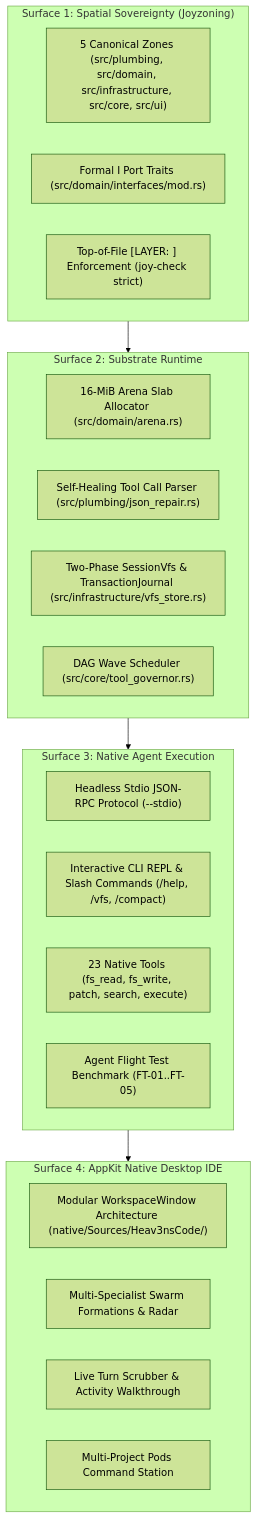
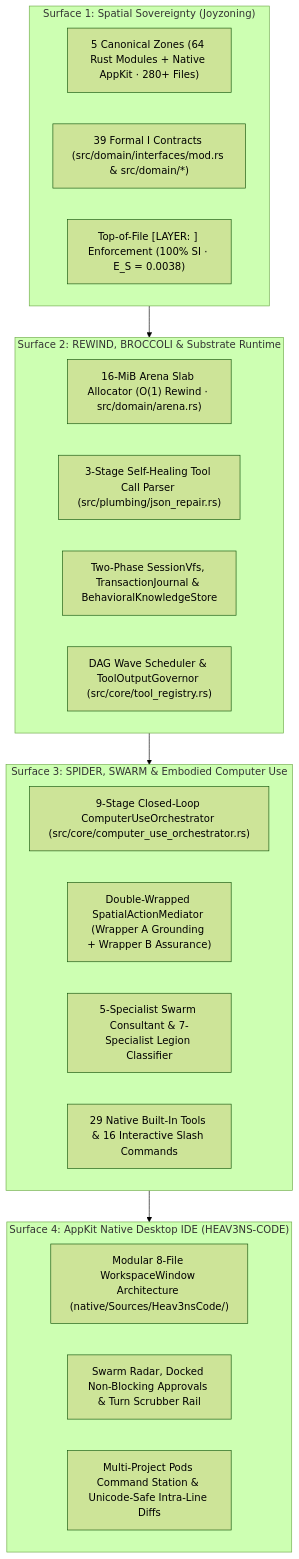
One commit to CardSorting/HEAV3NS-MICRO changed the diagram in docs/AGENT_STACK.md. Above: the diagram before and after it, drawn with Mermaid (forest theme). The commit also changed other lines of this file and 116 other files, not shown here.

````diff
--- a/docs/AGENT_STACK.md
+++ b/docs/AGENT_STACK.md
@@ -24,31 +28,30 @@
 ```mermaid
 flowchart TD
   subgraph Surface1 ["Surface 1: Spatial Sovereignty (Joyzoning)"]
-    ZONES["5 Canonical Zones (src/plumbing, src/domain, src/infrastructure, src/core, src/ui)"]
-    CONTRACTS["Formal I<Name> Port Traits (src/domain/interfaces/mod.rs)"]
-    HEADER["Top-of-File [LAYER: <ZONE>] Enforcement (joy-check strict)"]
+    ZONES["5 Canonical Zones (64 Rust Modules + Native AppKit · 280+ Files)"]
+    CONTRACTS["39 Formal I<Name> Contracts (src/domain/interfaces/mod.rs & src/domain/*)"]
+    HEADER["Top-of-File [LAYER: <ZONE>] Enforcement (100% SI · E_S = 0.0038)"]
   end
 
-  subgraph Surface2 ["Surface 2: Substrate Runtime"]
-    ARENA["16-MiB Arena Slab Allocator (src/domain/arena.rs)"]
-    PARSER["Self-Healing Tool Call Parser (src/plumbing/json_repair.rs)"]
-    VFS["Two-Phase SessionVfs & TransactionJournal (src/infrastructure/vfs_store.rs)"]
-    WAVE["DAG Wave Scheduler (src/core/tool_governor.rs)"]
+  subgraph Surface2 ["Surface 2: REWIND, BROCCOLI & Substrate Runtime"]
+    ARENA["16-MiB Arena Slab Allocator (O(1) Rewind · src/domain/arena.rs)"]
+    PARSER["3-Stage Self-Healing Tool Call Parser (src/plumbing/json_repair.rs)"]
+    VFS["Two-Phase SessionVfs, TransactionJournal & BehavioralKnowledgeStore"]
+    WAVE["DAG Wave Scheduler & ToolOutputGovernor (src/core/tool_registry.rs)"]
   end
 
-  subgraph Surface3 ["Surface 3: Native Agent Execution"]
-    STDIO["Headless Stdio JSON-RPC Protocol (--stdio)"]
-    CLI["Interactive CLI REPL & Slash Commands (/help, /vfs, /compact)"]
-    TOOLS["23 Native Tools (fs_read, fs_write, patch, search, execute)"]
-    FLIGHT["Agent Flight Test Benchmark (FT-01..FT-05)"]
+  subgraph Surface3 ["Surface 3: SPIDER, SWARM & Embodied Computer Use"]
+    ORCH["9-Stage Closed-Loop ComputerUseOrchestrator (src/core/computer_use_orchestrator.rs)"]
+    SPATIAL["Double-Wrapped SpatialActionMediator (Wrapper A Grounding + Wrapper B Assurance)"]
+    SWARM_C["5-Specialist Swarm Consultant & 7-Specialist Legion Classifier"]
+    TOOLS["29 Native Built-In Tools & 16 Interactive Slash Commands"]
   end
 
-  subgraph Surface4 ["Surface 4: AppKit Native Desktop IDE"]
-    WINDOW["Modular WorkspaceWindow Architecture (native/Sources/Heav3nsCode/)"]
-    SWARM["Multi-Specialist Swarm Formations & Radar"]
-    WALK["Live Turn Scrubber & Activity Walkthrough"]
-    PODS["Multi-Project Pods Command Station"]
+  subgraph Surface4 ["Surface 4: AppKit Native Desktop IDE (HEAV3NS-CODE)"]
+    WINDOW["Modular 8-File WorkspaceWindow Architecture (native/Sources/Heav3nsCode/)"]
+    RADAR["Swarm Radar, Docked Non-Blocking Approvals & Turn Scrubber Rail"]
+    PODS["Multi-Project Pods Command Station & Unicode-Safe Intra-Line Diffs"]
   end
 
   Surface1 --> Surface2 --> Surface3 --> Surface4
 ```
````
